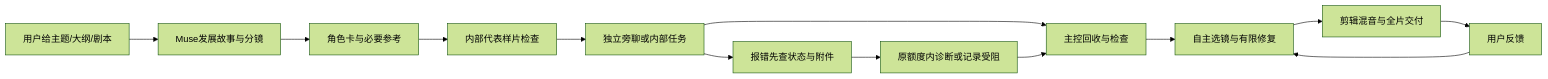
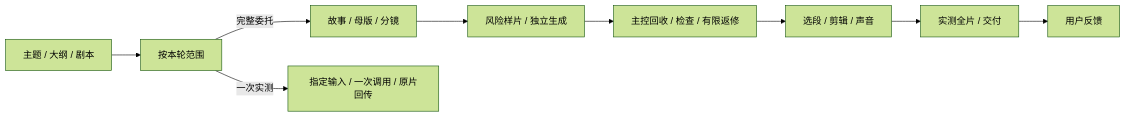
Before and after one commit to toosielu/muse-director: the diagram in README.md, drawn with Mermaid (forest theme). The commit also changed other lines of this file and 1 other file, not shown here.

````diff
--- a/README.md
+++ b/README.md
@@ -27,15 +62,11 @@
 ```mermaid
 flowchart LR
-    A[用户给主题/大纲/剧本] --> B[Muse发展故事与分镜]
-    B --> C[角色卡与必要参考]
-    C --> D[内部代表样片检查]
-    D --> E[独立旁聊或内部任务]
-    E --> F[主控回收与检查]
-    F --> G[自主选镜与有限修复]
-    G --> H[剪辑混音与全片交付]
-    H --> I[用户反馈]
-    I --> G
-    E --> J[报错先查状态与附件]
-    J --> K[原额度内诊断或记录受阻]
-    K --> F
+  A[主题 / 大纲 / 剧本] --> B[按本轮范围]
+  B -->|完整委托| C[故事 / 母版 / 分镜]
+  C --> D[风险样片 / 独立生成]
+  D --> E[主控回收 / 检查 / 有限返修]
+  E --> F[选段 / 剪辑 / 声音]
+  F --> G[实测全片 / 交付]
+  G --> H[用户反馈]
+  B -->|一次实测| I[指定输入 / 一次调用 / 原片回传]
 ```
````
